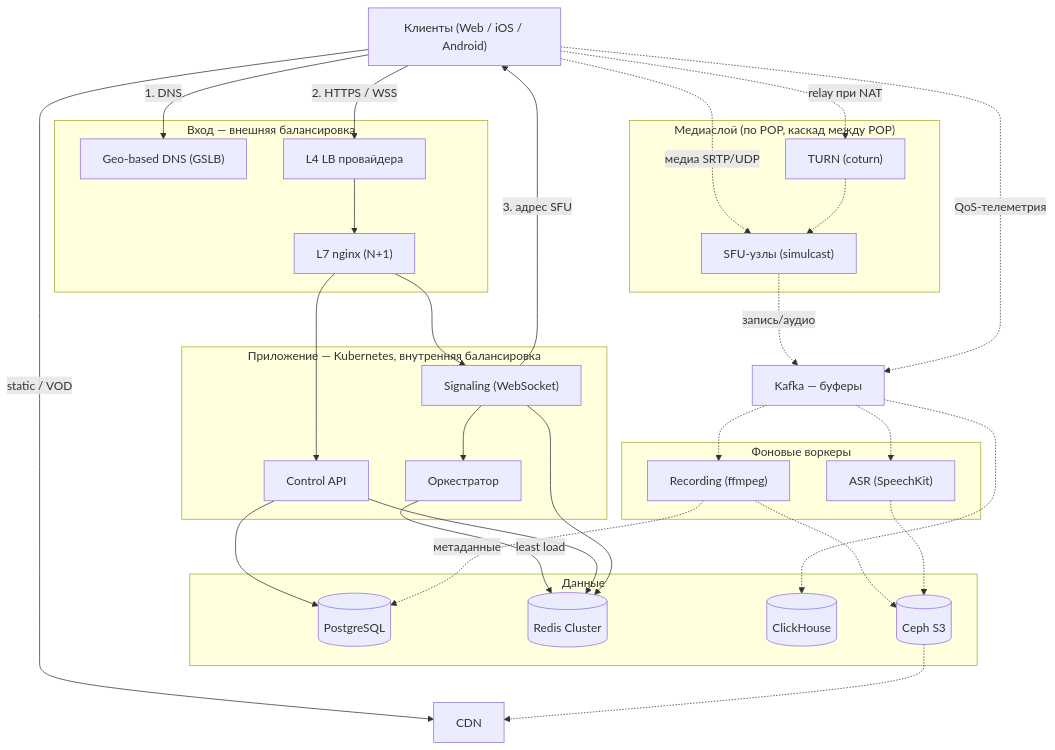
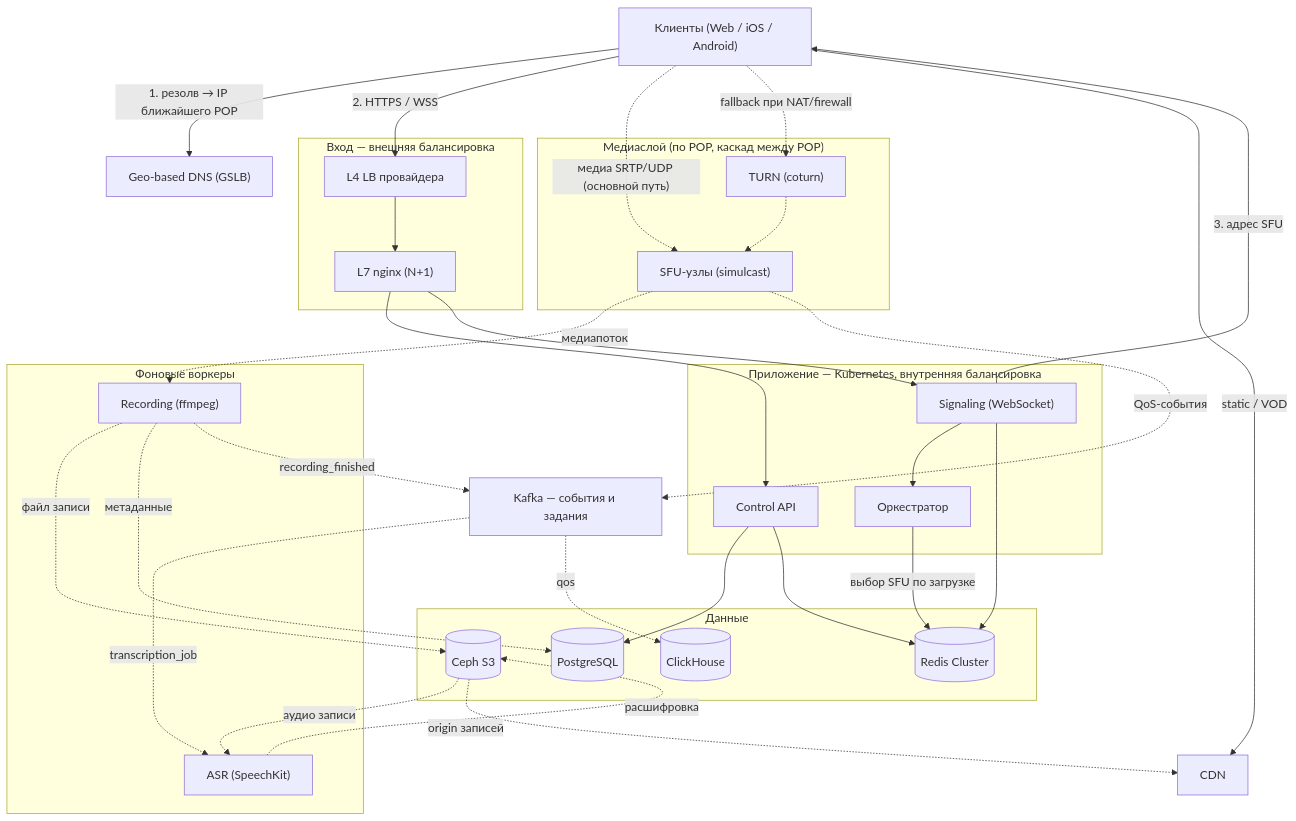
Before and after one commit to armishev/highload_course_project: the fifth of 5 diagrams in README.md, drawn with Mermaid. The commit also changed other lines of this file, not shown here.

````diff
--- a/README.md
+++ b/README.md
@@ -1152,61 +1141,66 @@
 ```mermaid
 flowchart TD
     C["Клиенты (Web / iOS / Android)"]
+    DNS["Geo-based DNS (GSLB)"]
 
     subgraph EDGE["Вход — внешняя балансировка"]
-        DNS["Geo-based DNS (GSLB)"]
         L4["L4 LB провайдера"]
         L7["L7 nginx (N+1)"]
     end
 
     subgraph APP["Приложение — Kubernetes, внутренняя балансировка"]
         API["Control API"]
         SIG["Signaling (WebSocket)"]
         ORC["Оркестратор"]
     end
 
     subgraph MEDIA["Медиаслой (по POP, каскад между POP)"]
         SFU["SFU-узлы (simulcast)"]
         TURN["TURN (coturn)"]
     end
 
     subgraph WORK["Фоновые воркеры"]
         REC["Recording (ffmpeg)"]
         ASR["ASR (SpeechKit)"]
     end
 
     subgraph DATA["Данные"]
         PG[("PostgreSQL")]
         RD[("Redis Cluster")]
         CH[("ClickHouse")]
         OS[("Ceph S3")]
     end
 
-    KAFKA["Kafka — буферы"]
+    KAFKA["Kafka — события и задания"]
     CDN["CDN"]
 
-    C -->|"1. DNS"| DNS
+    C -->|"1. резолв → IP ближайшего POP"| DNS
     C -->|"2. HTTPS / WSS"| L4
     L4 --> L7
     L7 --> API
     L7 --> SIG
     SIG --> ORC
-    ORC -->|"least load"| RD
+    ORC -->|"выбор SFU по загрузке"| RD
     SIG -->|"3. адрес SFU"| C
-    C -.->|"медиа SRTP/UDP"| SFU
-    C -.->|"relay при NAT"| TURN
-    TURN -.-> SFU
     API --> PG
     API --> RD
     SIG --> RD
-    SFU -.->|"запись/аудио"| KAFKA
-    KAFKA -.-> REC
-    KAFKA -.-> ASR
-    REC -.-> OS
-    ASR -.-> OS
+
+    C -.->|"медиа SRTP/UDP (основной путь)"| SFU
+    C -.->|"fallback при NAT/firewall"| TURN
+    TURN -.-> SFU
+
+    SFU -.->|"медиапоток"| REC
+    REC -.->|"файл записи"| OS
     REC -.->|"метаданные"| PG
-    C -.->|"QoS-телеметрия"| KAFKA
-    KAFKA -.-> CH
+    REC -.->|"recording_finished"| KAFKA
+    KAFKA -.->|"transcription_job"| ASR
+    OS -.->|"аудио записи"| ASR
+    ASR -.->|"расшифровка"| OS
+
+    SFU -.->|"QoS-события"| KAFKA
+    KAFKA -.->|"qos"| CH
+
     C -->|"static / VOD"| CDN
-    OS -.-> CDN
+    OS -.->|"origin записей"| CDN
 ```
````
